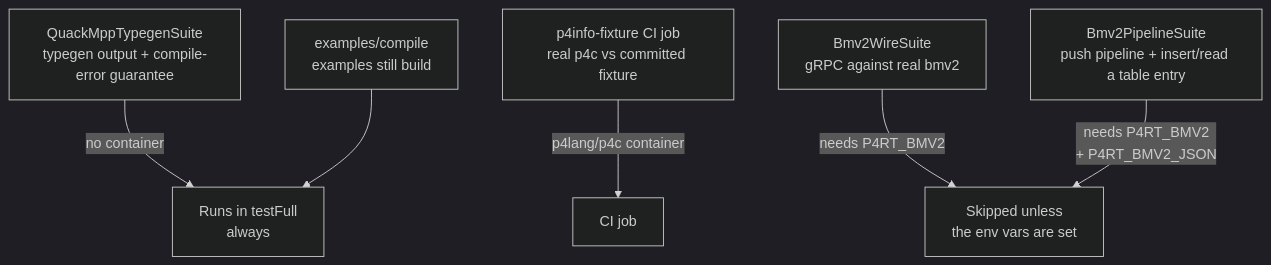
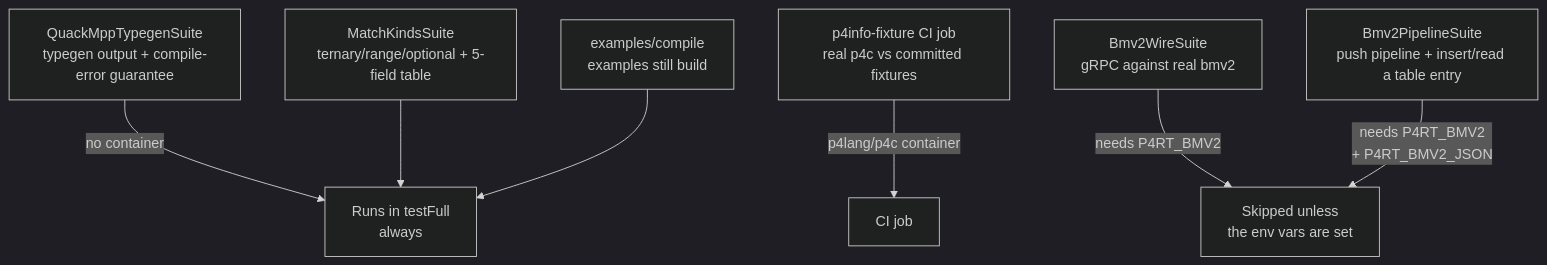
Before and after one commit to oluies/P4R-Type: the fourth of 4 diagrams in ARCHITECTURE.md, drawn with Mermaid (dark theme). The commit also changed other lines of this file and 7 other files, not shown here.

````diff
--- a/ARCHITECTURE.md
+++ b/ARCHITECTURE.md
@@ -218,14 +244,16 @@
 ```mermaid
 graph TD
   t1["QuackMppTypegenSuite<br/>typegen output + compile-error guarantee"]
-  t2["p4info-fixture CI job<br/>real p4c vs committed fixture"]
+  t6["MatchKindsSuite<br/>ternary/range/optional + 5-field table"]
+  t2["p4info-fixture CI job<br/>real p4c vs committed fixtures"]
   t3["Bmv2WireSuite<br/>gRPC against real bmv2"]
   t4["examples/compile<br/>examples still build"]
   t5["Bmv2PipelineSuite<br/>push pipeline + insert/read a table entry"]
 
   t1 -->|"no container"| fast["Runs in testFull<br/>always"]
+  t6 --> fast
   t4 --> fast
   t2 -->|"p4lang/p4c container"| ci["CI job"]
   t3 -->|"needs P4RT_BMV2"| opt["Skipped unless<br/>the env vars are set"]
   t5 -->|"needs P4RT_BMV2<br/>+ P4RT_BMV2_JSON"| opt
 ```
````
